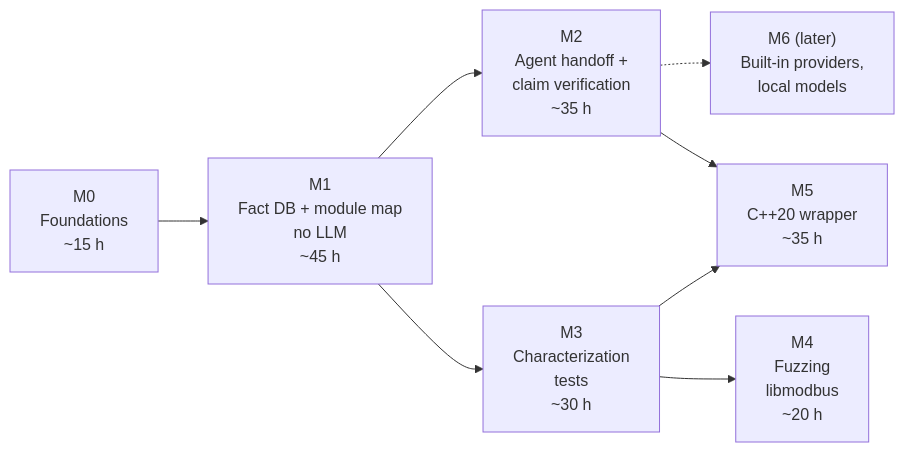
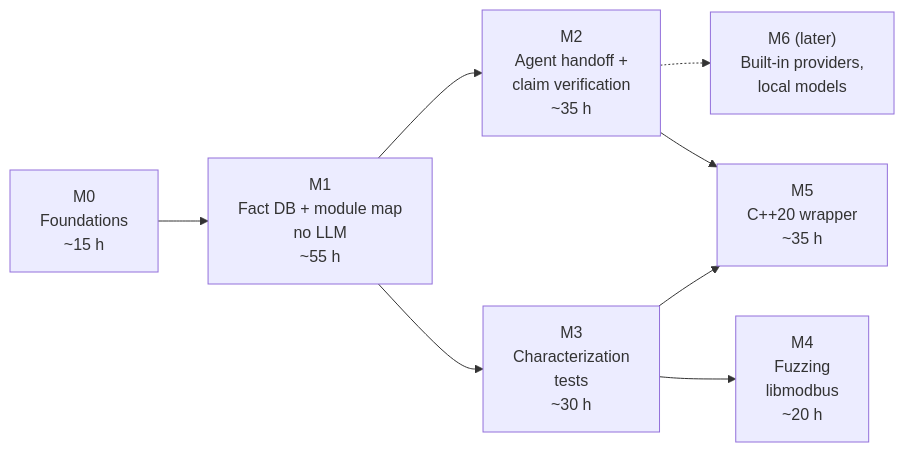
One commit to Tomek52/legacy-cartographer changed the diagram in docs/plan/roadmap.md. Above: the diagram before and after it, drawn with Mermaid. The commit also changed other lines of this file and 10 other files, not shown here.

````diff
--- a/docs/plan/roadmap.md
+++ b/docs/plan/roadmap.md
@@ -9,10 +9,10 @@
 ```mermaid
 flowchart LR
-    M0["M0<br/>Foundations<br/>~15 h"] --> M1["M1<br/>Fact DB + module map<br/>no LLM<br/>~45 h"]
+    M0["M0<br/>Foundations<br/>~15 h"] --> M1["M1<br/>Fact DB + module map<br/>no LLM<br/>~55 h"]
     M1 --> M2["M2<br/>Agent handoff +<br/>claim verification<br/>~35 h"]
     M1 --> M3["M3<br/>Characterization<br/>tests<br/>~30 h"]
     M3 --> M4["M4<br/>Fuzzing<br/>libmodbus<br/>~20 h"]
     M3 --> M5["M5<br/>C++20 wrapper<br/>~35 h"]
     M2 --> M5
     M2 -.-> M6["M6 (later)<br/>Built-in providers,<br/>local models"]
 ```
````
